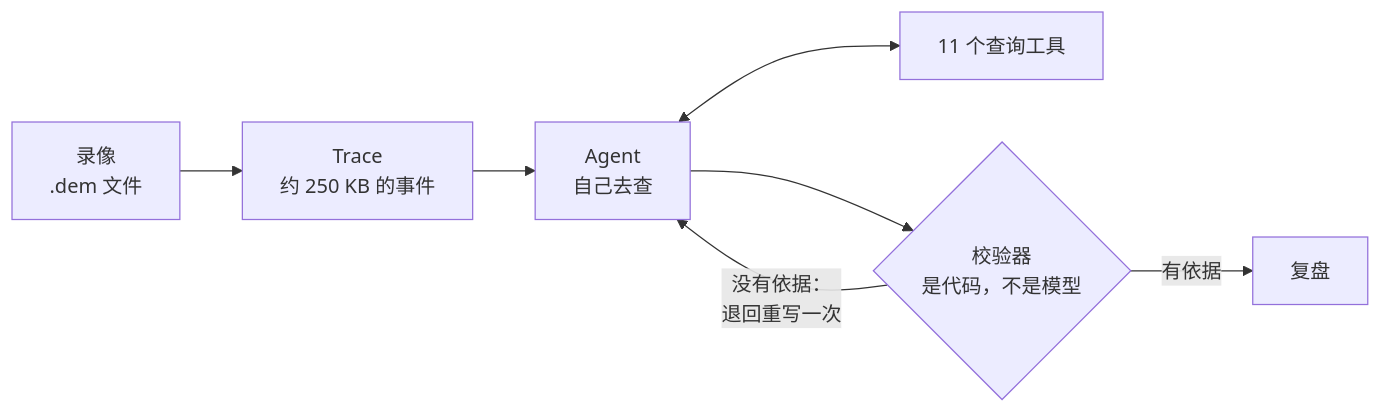
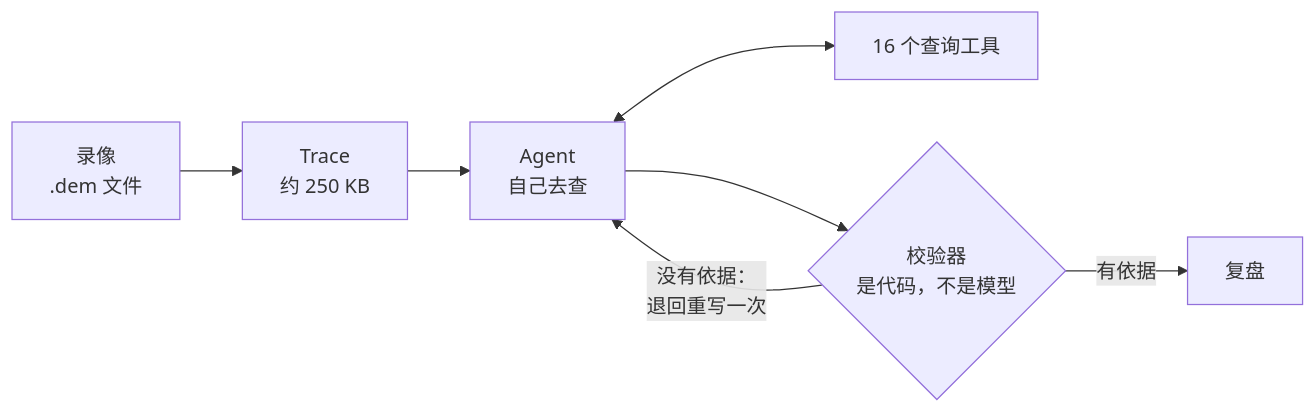
One commit to qianhaoq/dota2.ai changed the diagram in README.zh-CN.md. Above: the diagram before and after it, drawn with Mermaid. The commit also changed other lines of this file and 5 other files, not shown here.

````diff
--- a/README.zh-CN.md
+++ b/README.zh-CN.md
@@ -52,9 +56,9 @@
 ```mermaid
 flowchart LR
-    R["录像<br/>.dem 文件"] --> T["Trace<br/>约 250 KB 的事件"]
+    R["录像<br/>.dem 文件"] --> T["Trace<br/>约 250 KB"]
     T --> A["Agent<br/>自己去查"]
-    A <--> L["11 个查询工具"]
+    A <--> L["16 个查询工具"]
     A --> V{"校验器<br/>是代码，不是模型"}
     V -- "没有依据：<br/>退回重写一次" --> A
     V -- "有依据" --> D["复盘"]
 ```
````
